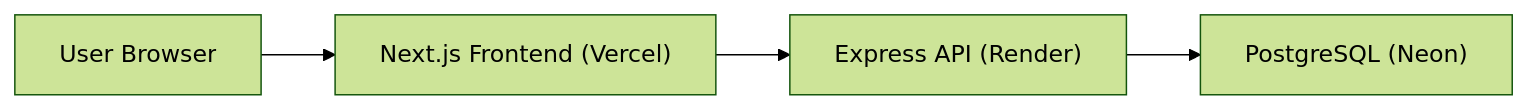
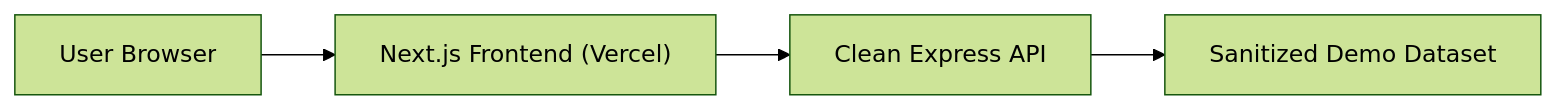
The diagram in README.md (OMBHARTIYA/Warehouse-Frontend), drawn with Mermaid (forest theme) before and after one commit. The commit also changed other lines of this file and 2 other files, not shown here.

Commit message:
docs: clarify clean warehouse frontend showcase

````diff
--- a/README.md
+++ b/README.md
@@ -75,6 +75,6 @@
 ```mermaid
 flowchart LR
     U["User Browser"] --> F["Next.js Frontend (Vercel)"]
-    F --> B["Express API (Render)"]
-    B --> D["PostgreSQL (Neon)"]
+    F --> B["Clean Express API"]
+    B --> D["Sanitized Demo Dataset"]
 ```
````
